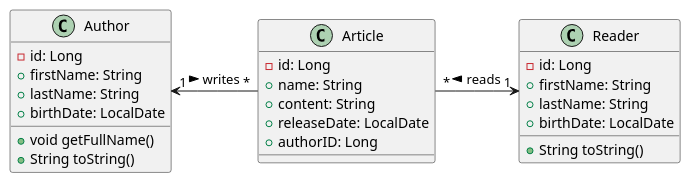
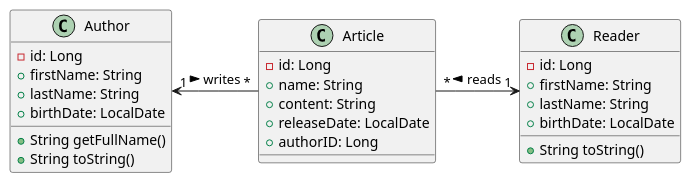
One commit to 2122-5ahif-nvs/02-microproject-danielandricic changed the diagram in asciidocs/plantuml/cld.puml. Above: the diagram before and after it, drawn with PlantUML. The commit also changed 27 other files, not shown here.

```diff
--- a/asciidocs/plantuml/cld.puml
+++ b/asciidocs/plantuml/cld.puml
@@ -1,31 +1,31 @@
 @startuml
 Author  "1" <-right- "*" Article : writes >
 Reader "1" <-left- "*" Article : reads >
 
 class Author {
     -id: Long
     +firstName: String
     +lastName: String
     +birthDate: LocalDate
 
-    +void getFullName()
+    +String getFullName()
     +String toString()
 }
 
 class Article {
     -id: Long
     +name: String
     +content: String
     +releaseDate: LocalDate
     +authorID: Long
 }
 
 class Reader {
     -id: Long
     +firstName: String
     +lastName: String
     +birthDate: LocalDate
 
     +String toString()
 }
 @enduml
```
